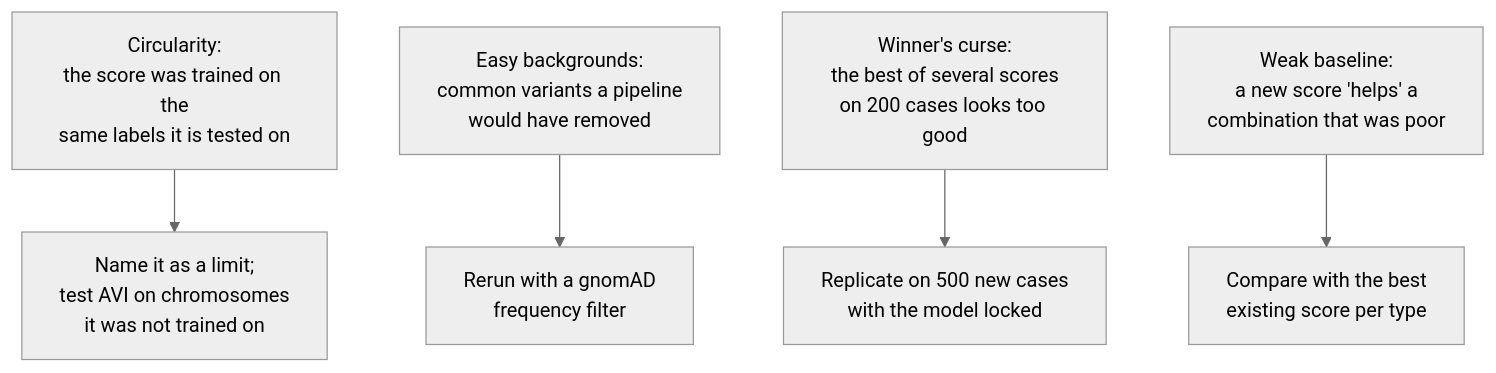
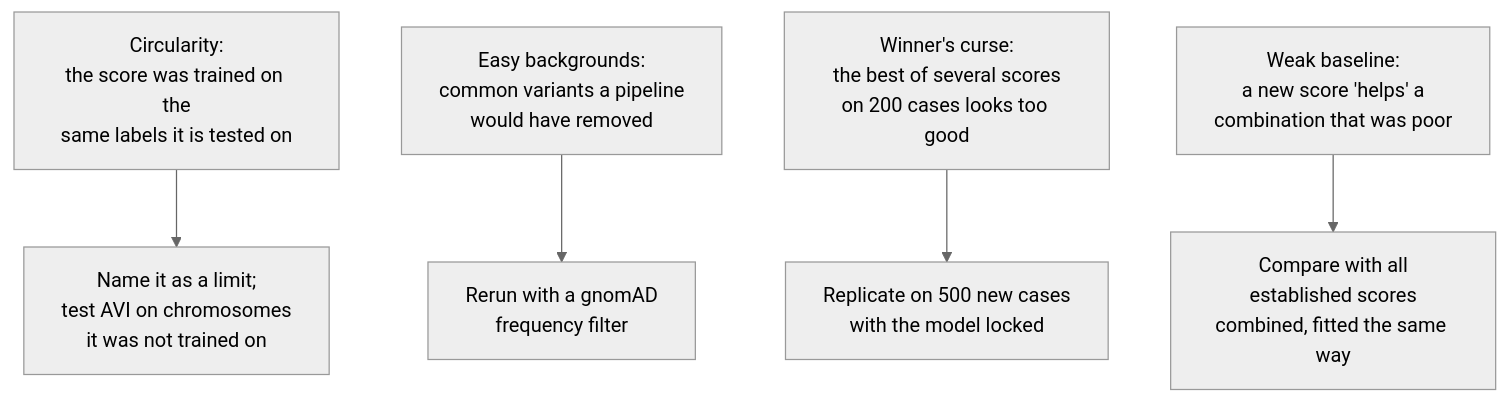
One commit to rewire-bio/amp-2026-studies changed the sixth of 16 diagrams in GUIDE.md. Above: the diagram before and after it, drawn with Mermaid (neutral theme). The commit also changed other lines of this file and 1 other file, not shown here.

````diff
--- a/GUIDE.md
+++ b/GUIDE.md
@@ -124,7 +141,7 @@
 ```mermaid
 flowchart TB
     t1["Circularity:<br/>the score was trained on the<br/>same labels it is tested on"] --> c1["Name it as a limit;<br/>test AVI on chromosomes<br/>it was not trained on"]
     t2["Easy backgrounds:<br/>common variants a pipeline<br/>would have removed"] --> c2["Rerun with a gnomAD<br/>frequency filter"]
     t3["Winner's curse:<br/>the best of several scores<br/>on 200 cases looks too good"] --> c3["Replicate on 500 new cases<br/>with the model locked"]
-    t4["Weak baseline:<br/>a new score 'helps' a<br/>combination that was poor"] --> c4["Compare with the best<br/>existing score per type"]
+    t4["Weak baseline:<br/>a new score 'helps' a<br/>combination that was poor"] --> c4["Compare with all<br/>established scores<br/>combined, fitted the same way"]
 ```
````
